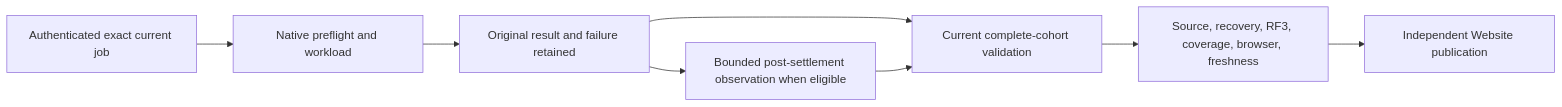
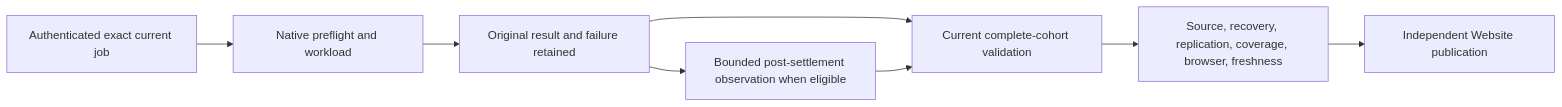
Before and after one commit to managedcode/KeyLoad: the first of 4 diagrams in docs/Features/BenchmarkComparisons/NativeGateRepair.md, drawn with Mermaid. The commit also changed other lines of this file and 7356 other files, not shown here.

````diff
--- a/docs/Features/BenchmarkComparisons/NativeGateRepair.md
+++ b/docs/Features/BenchmarkComparisons/NativeGateRepair.md
@@ -21,10 +21,10 @@
 ```mermaid
 flowchart LR
     Authority[Authenticated exact current job] --> Native[Native preflight and workload]
     Native --> Result[Original result and failure retained]
     Result --> Observe[Bounded post-settlement observation when eligible]
     Result --> Cohort[Current complete-cohort validation]
     Observe --> Cohort
-    Cohort --> Gates[Source, recovery, RF3, coverage, browser, freshness]
+    Cohort --> Gates[Source, recovery, replication, coverage, browser, freshness]
     Gates --> Publish[Independent Website publication]
 ```
````
